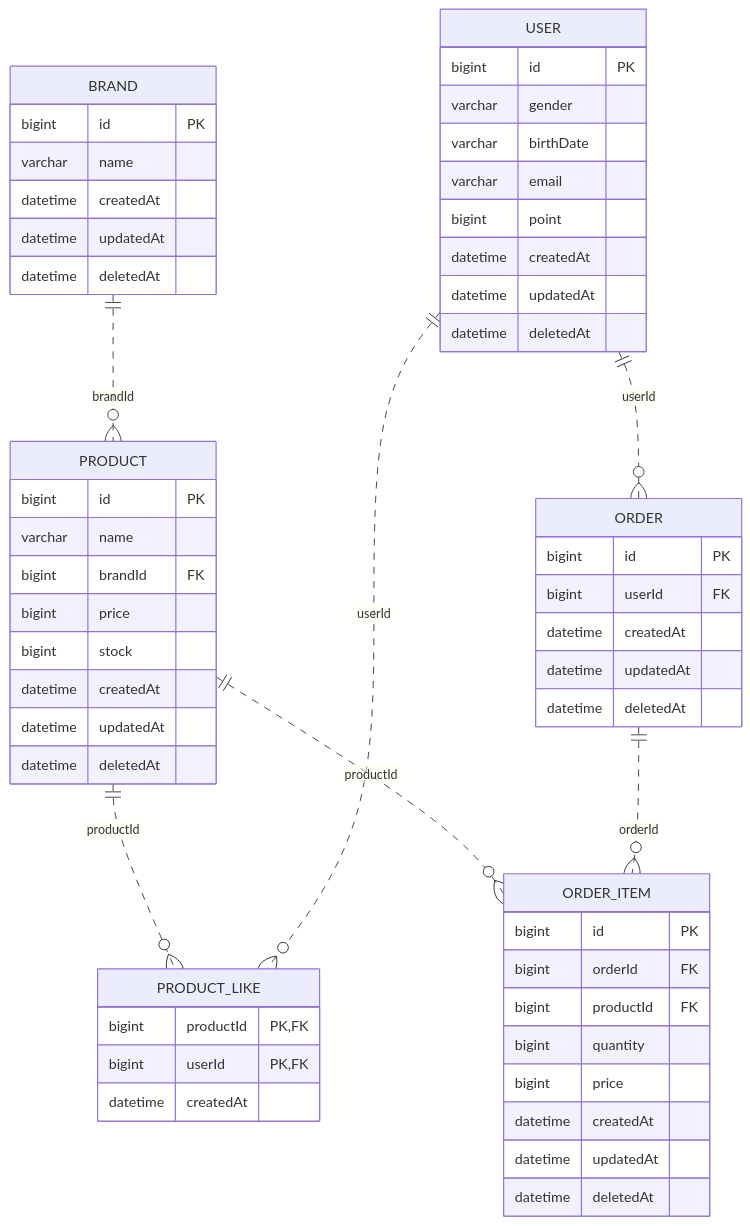
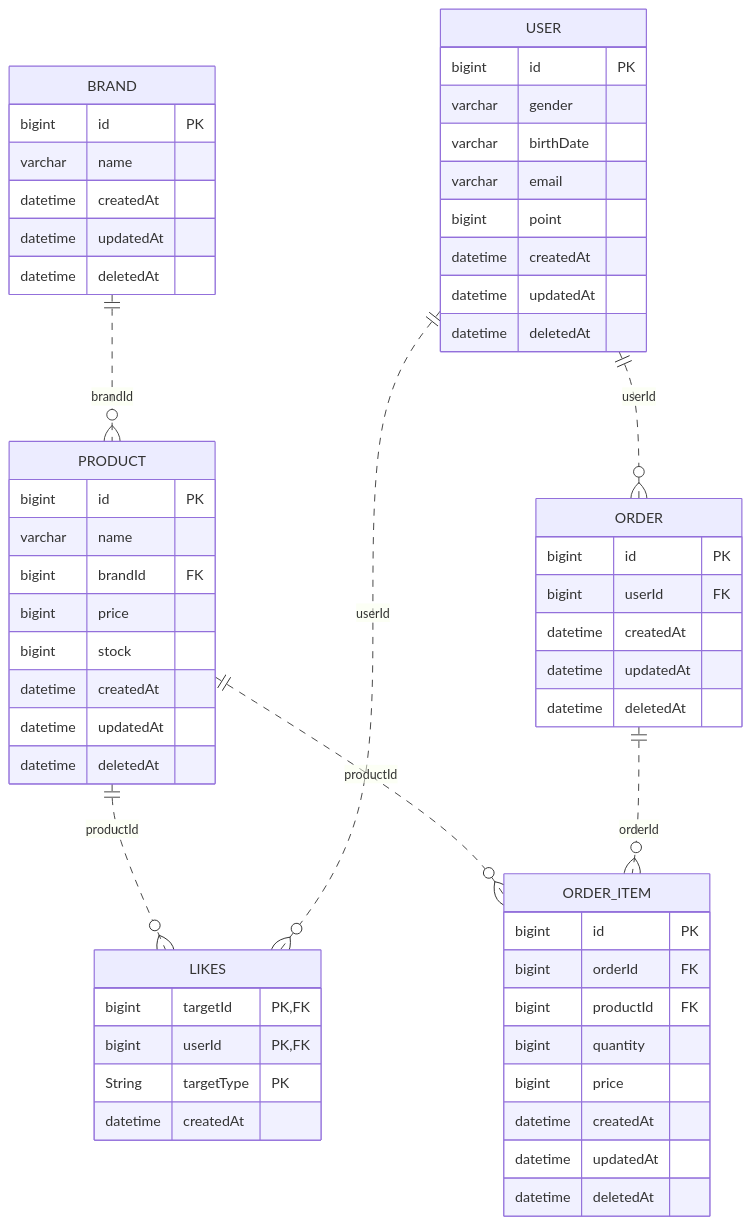
One commit to Iol-lshh/loopers_be_practice_byjava changed the diagram in docs/design/04-erd.md. Above: the diagram before and after it, drawn with Mermaid. The commit also changed 100 other files, not shown here.

````diff
--- a/docs/design/04-erd.md
+++ b/docs/design/04-erd.md
@@ -7,59 +7,60 @@
 ```mermaid
 erDiagram
     BRAND {
         bigint id PK
         varchar name
         datetime createdAt
         datetime updatedAt
         datetime deletedAt
     }
     PRODUCT {
         bigint id PK
         varchar name
         bigint brandId FK
         bigint price
         bigint stock
         datetime createdAt
         datetime updatedAt
         datetime deletedAt
     }
 
-    PRODUCT_LIKE {
-        bigint productId PK, FK
+    LIKES {
+        bigint targetId PK, FK
         bigint userId PK, FK
+        String targetType PK
         datetime createdAt
     }
     ORDER {
         bigint id PK
         bigint userId FK
         datetime createdAt
         datetime updatedAt
         datetime deletedAt
     }
     ORDER_ITEM {
         bigint id PK
         bigint orderId FK
         bigint productId FK
         bigint quantity
         bigint price
         datetime createdAt
         datetime updatedAt
         datetime deletedAt
     }
     USER {
         bigint id PK
         varchar gender
         varchar birthDate
         varchar email
         bigint point
         datetime createdAt
         datetime updatedAt
         datetime deletedAt
     }
     BRAND ||..o{ PRODUCT : brandId
-    PRODUCT ||..o{ PRODUCT_LIKE : productId
+    PRODUCT ||..o{ LIKES : productId
     PRODUCT ||..o{ ORDER_ITEM : productId
     ORDER ||..o{ ORDER_ITEM : orderId
     USER ||..o{ ORDER : userId
-    USER ||..o{ PRODUCT_LIKE : userId
+    USER ||..o{ LIKES : userId
 ```
````
